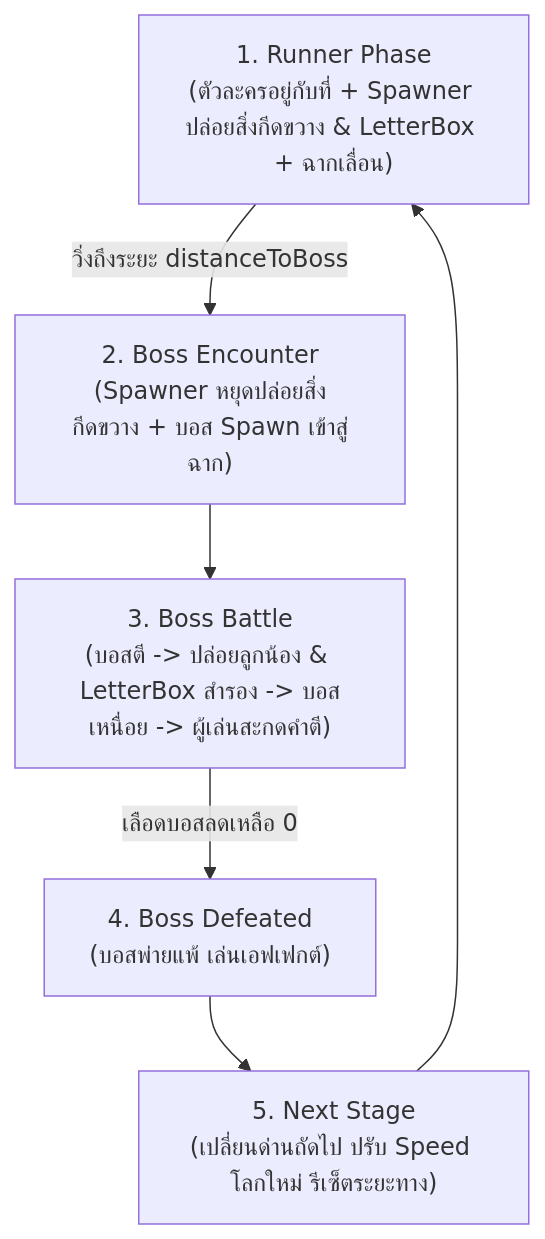
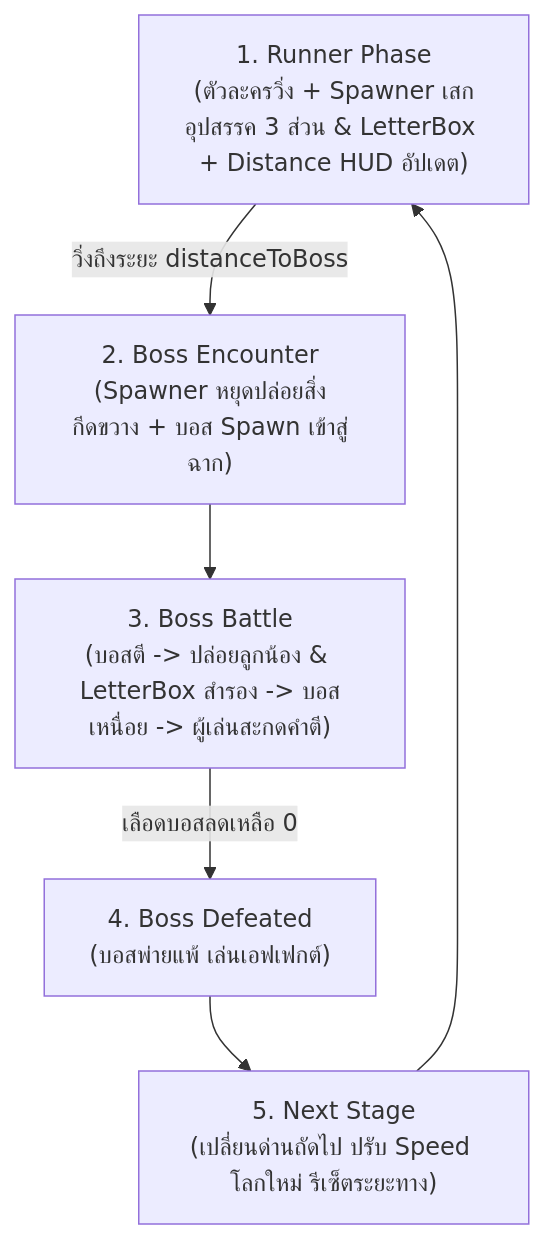
One commit to best062/FinalMI226 changed the first of 2 diagrams in Assets/code/file_MD/README.md. Above: the diagram before and after it, drawn with Mermaid. The commit also changed other lines of this file and 30 other files, not shown here.

````diff
--- a/Assets/code/file_MD/README.md
+++ b/Assets/code/file_MD/README.md
@@ -24,8 +27,8 @@
 ```mermaid
 graph TD
-    A["1. Runner Phase<br>(ตัวละครอยู่กับที่ + Spawner ปล่อยสิ่งกีดขวาง & LetterBox + ฉากเลื่อน)"] -->|วิ่งถึงระยะ distanceToBoss| B["2. Boss Encounter<br>(Spawner หยุดปล่อยสิ่งกีดขวาง + บอส Spawn เข้าสู่ฉาก)"]
+    A["1. Runner Phase<br>(ตัวละครวิ่ง + Spawner เสกอุปสรรค 3 ส่วน & LetterBox + Distance HUD อัปเดต)"] -->|วิ่งถึงระยะ distanceToBoss| B["2. Boss Encounter<br>(Spawner หยุดปล่อยสิ่งกีดขวาง + บอส Spawn เข้าสู่ฉาก)"]
     B --> C["3. Boss Battle<br>(บอสตี -> ปล่อยลูกน้อง & LetterBox สำรอง -> บอสเหนื่อย -> ผู้เล่นสะกดคำตี)"]
     C -->|เลือดบอสลดเหลือ 0| D["4. Boss Defeated<br>(บอสพ่ายแพ้ เล่นเอฟเฟกต์)"]
     D --> E["5. Next Stage<br>(เปลี่ยนด่านถัดไป ปรับ Speed โลกใหม่ รีเซ็ตระยะทาง)"]
     E --> A
 ```
````
